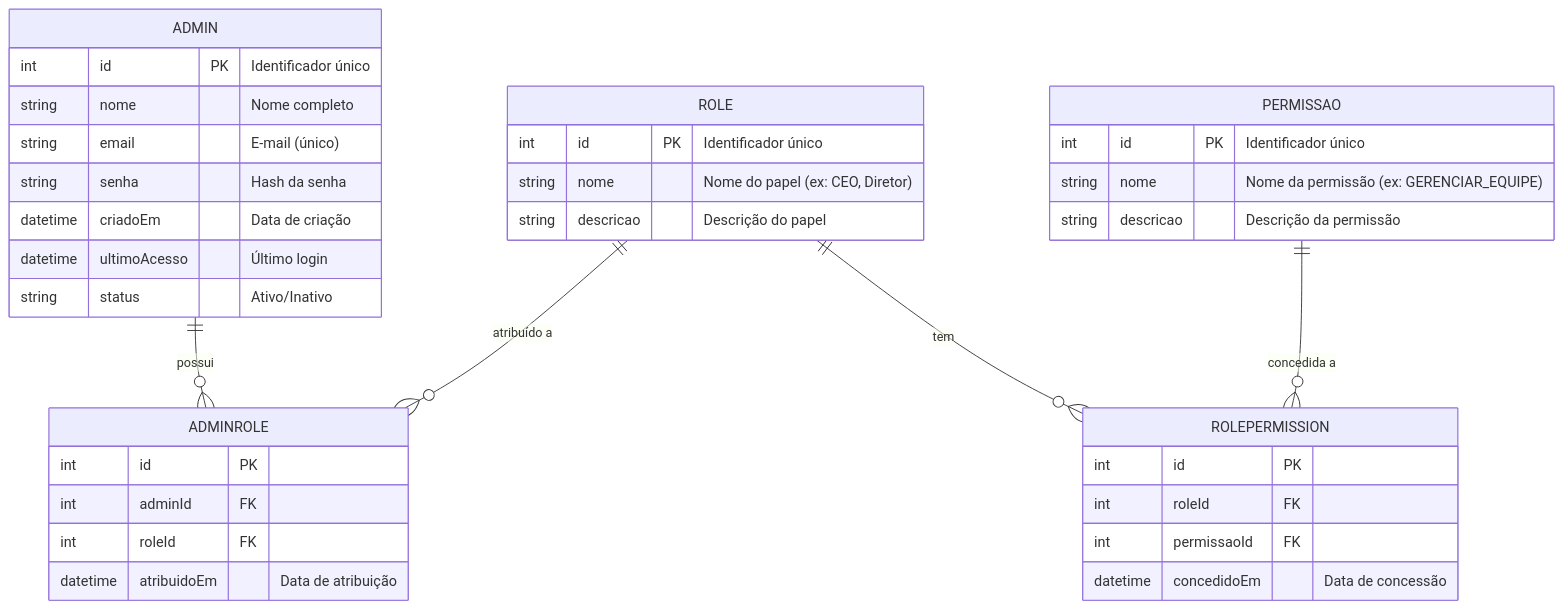
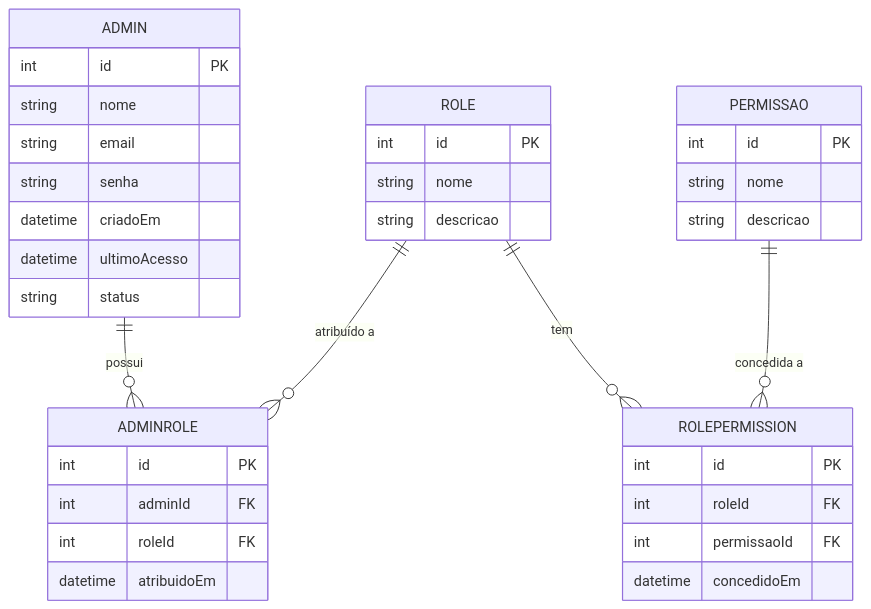
Before and after one commit to ronaldo227/serralheria-api: the first of 2 diagrams in ANALISE_MODELAGEM.md, drawn with Mermaid. The commit also changed other lines of this file, not shown here.

Commit message:
docs: refino e alinhamento profissional da análise e modelagem, integração com Prisma e RBAC avançado

````diff
--- a/ANALISE_MODELAGEM.md
+++ b/ANALISE_MODELAGEM.md
@@ -86,41 +97,40 @@
 ```mermaid
 erDiagram
-  %% Relações principais do RBAC
+  %% RBAC Avançado — Estrutura relacional
   ADMIN ||--o{ ADMINROLE : "possui"
   ROLE  ||--o{ ADMINROLE : "atribuído a"
   ROLE  ||--o{ ROLEPERMISSION : "tem"
   PERMISSAO ||--o{ ROLEPERMISSION : "concedida a"
 
-  %% Entidades
   ADMIN {
-    int id PK "Identificador único"
-    string nome "Nome completo"
-    string email "E-mail (único)"
-    string senha "Hash da senha"
-    datetime criadoEm "Data de criação"
-    datetime ultimoAcesso "Último login"
-    string status "Ativo/Inativo"
+    int id PK
+    string nome
+    string email
+    string senha
+    datetime criadoEm
+    datetime ultimoAcesso
+    string status
   }
   ROLE {
-    int id PK "Identificador único"
-    string nome "Nome do papel (ex: CEO, Diretor)"
-    string descricao "Descrição do papel"
+    int id PK
+    string nome
+    string descricao
   }
   PERMISSAO {
-    int id PK "Identificador único"
-    string nome "Nome da permissão (ex: GERENCIAR_EQUIPE)"
-    string descricao "Descrição da permissão"
+    int id PK
+    string nome
+    string descricao
   }
   ADMINROLE {
     int id PK
     int adminId FK
     int roleId FK
-    datetime atribuidoEm "Data de atribuição"
+    datetime atribuidoEm
   }
   ROLEPERMISSION {
     int id PK
     int roleId FK
     int permissaoId FK
-    datetime concedidoEm "Data de concessão"
+    datetime concedidoEm
   }
 ```
````
